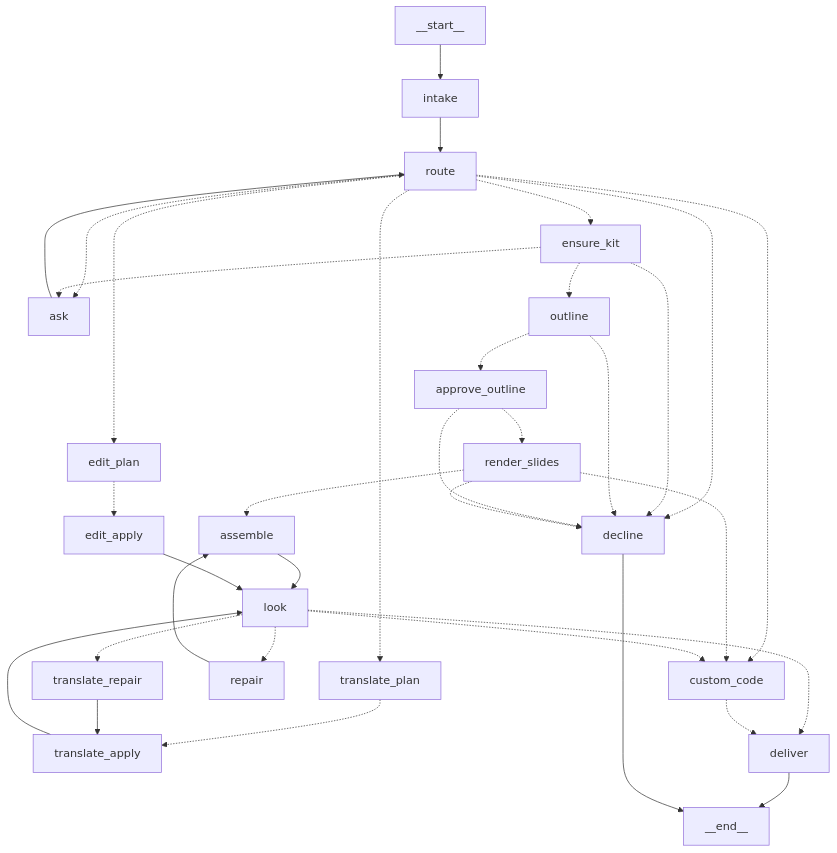
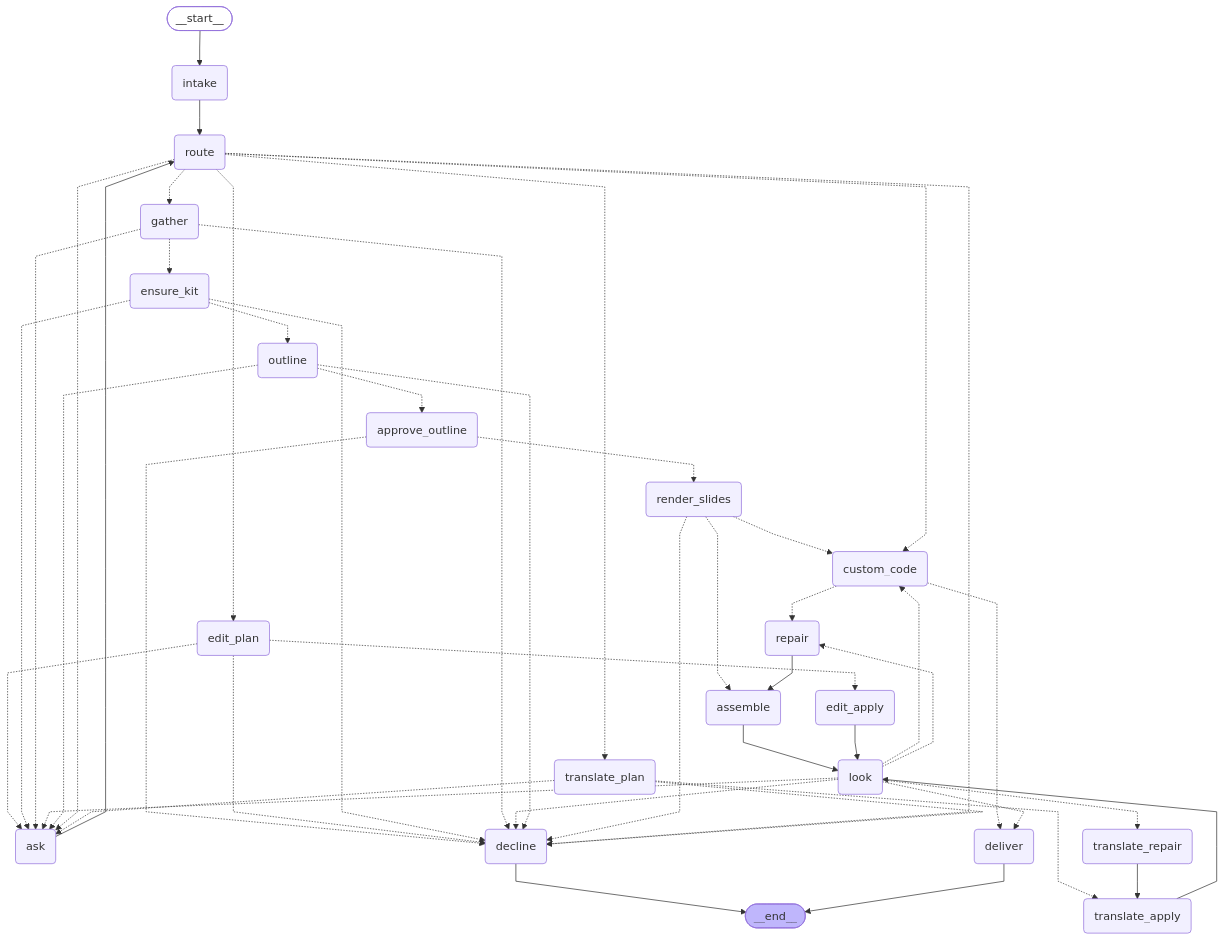
Before and after one commit to pranaybahuguna/ppt-gen: the diagram in docs/04-graph.md, drawn with Mermaid. The commit also changed other lines of this file and 46 other files, not shown here.

````diff
--- a/docs/04-graph.md
+++ b/docs/04-graph.md
@@ -3,36 +3,76 @@
 ```mermaid
+---
+config:
+  flowchart:
+    curve: linear
+---
 graph TD;
-  __start__ --> intake;
-  intake --> route;
-  route -.-> ask;
-  route -.-> ensure_kit;
-  route -.-> translate_plan;
-  route -.-> edit_plan;
-  route -.-> custom_code;
-  route -.-> decline;
-  ask --> route;
-  ensure_kit -.-> outline;
-  ensure_kit -.-> ask;
-  ensure_kit -.-> decline;
-  outline -.-> approve_outline;
-  outline -.-> decline;
-  approve_outline -.-> render_slides;
-  approve_outline -.-> decline;
-  render_slides -.-> assemble;
-  render_slides -.-> custom_code;
-  render_slides -.-> decline;
-  assemble --> look;
-  edit_apply --> look;
-  translate_apply --> look;
-  look -.-> deliver;
-  look -.-> repair;
-  look -.-> custom_code;
-  look -.-> translate_repair;
-  repair --> assemble;
-  translate_plan -.-> translate_apply;
-  translate_repair --> translate_apply;
-  edit_plan -.-> edit_apply;
-  custom_code -.-> deliver;
-  deliver --> __end__;
-  decline --> __end__;
+	__start__([<p>__start__</p>]):::first
+	intake(intake)
+	route(route)
+	ask(ask)
+	decline(decline)
+	gather(gather)
+	ensure_kit(ensure_kit)
+	outline(outline)
+	approve_outline(approve_outline)
+	render_slides(render_slides)
+	assemble(assemble)
+	repair(repair)
+	translate_plan(translate_plan)
+	translate_apply(translate_apply)
+	translate_repair(translate_repair)
+	edit_plan(edit_plan)
+	edit_apply(edit_apply)
+	look(look)
+	custom_code(custom_code)
+	deliver(deliver)
+	__end__([<p>__end__</p>]):::last
+	__start__ --> intake;
+	approve_outline -.-> decline;
+	approve_outline -.-> render_slides;
+	ask --> route;
+	assemble --> look;
+	custom_code -.-> deliver;
+	custom_code -.-> repair;
+	edit_apply --> look;
+	edit_plan -.-> ask;
+	edit_plan -.-> decline;
+	edit_plan -.-> edit_apply;
+	ensure_kit -.-> ask;
+	ensure_kit -.-> decline;
+	ensure_kit -.-> outline;
+	gather -.-> ask;
+	gather -.-> decline;
+	gather -.-> ensure_kit;
+	intake --> route;
+	look -.-> ask;
+	look -.-> custom_code;
+	look -.-> decline;
+	look -.-> deliver;
+	look -.-> repair;
+	look -.-> translate_repair;
+	outline -.-> approve_outline;
+	outline -.-> ask;
+	outline -.-> decline;
+	render_slides -.-> assemble;
+	render_slides -.-> custom_code;
+	render_slides -.-> decline;
+	repair --> assemble;
+	route -.-> ask;
+	route -.-> custom_code;
+	route -.-> decline;
+	route -.-> edit_plan;
+	route -.-> gather;
+	route -.-> translate_plan;
+	translate_apply --> look;
+	translate_plan -.-> ask;
+	translate_plan -.-> decline;
+	translate_plan -.-> translate_apply;
+	translate_repair --> translate_apply;
+	decline --> __end__;
+	deliver --> __end__;
+	classDef default fill:#f2f0ff,line-height:1.2
+	classDef first fill-opacity:0
+	classDef last fill:#bfb6fc
 ```
````
